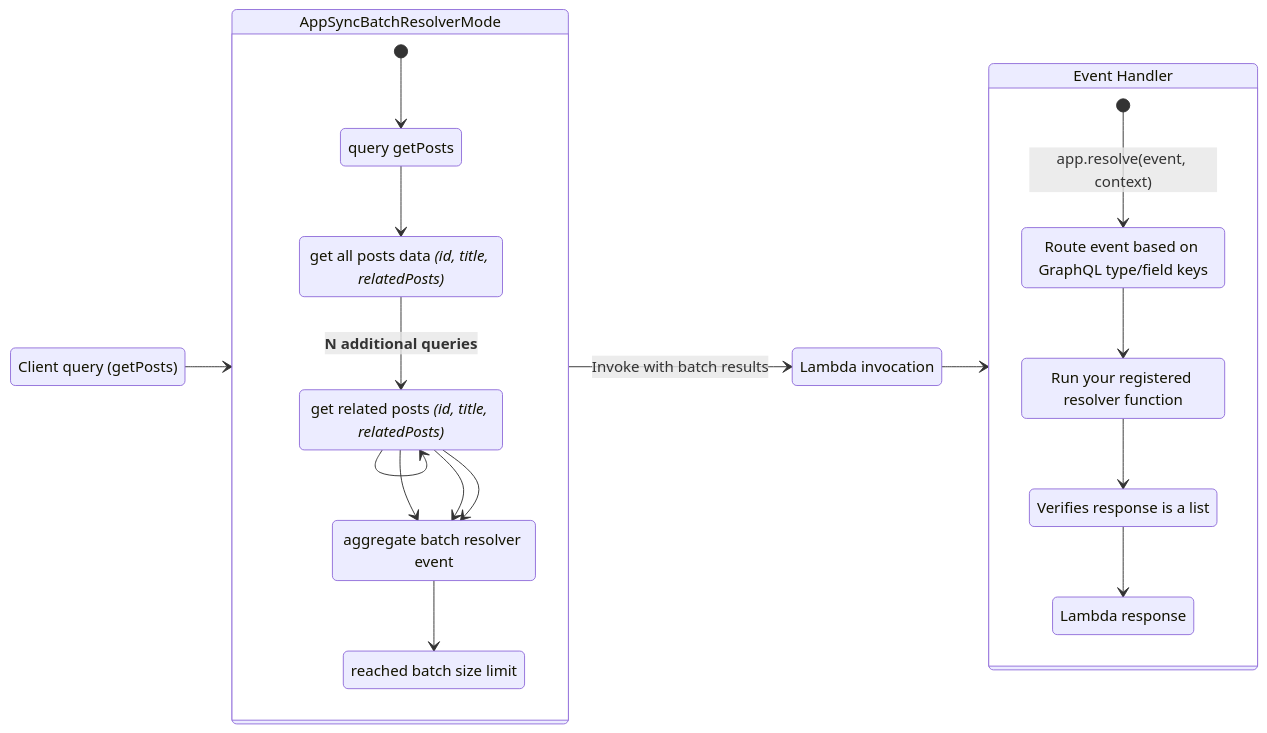
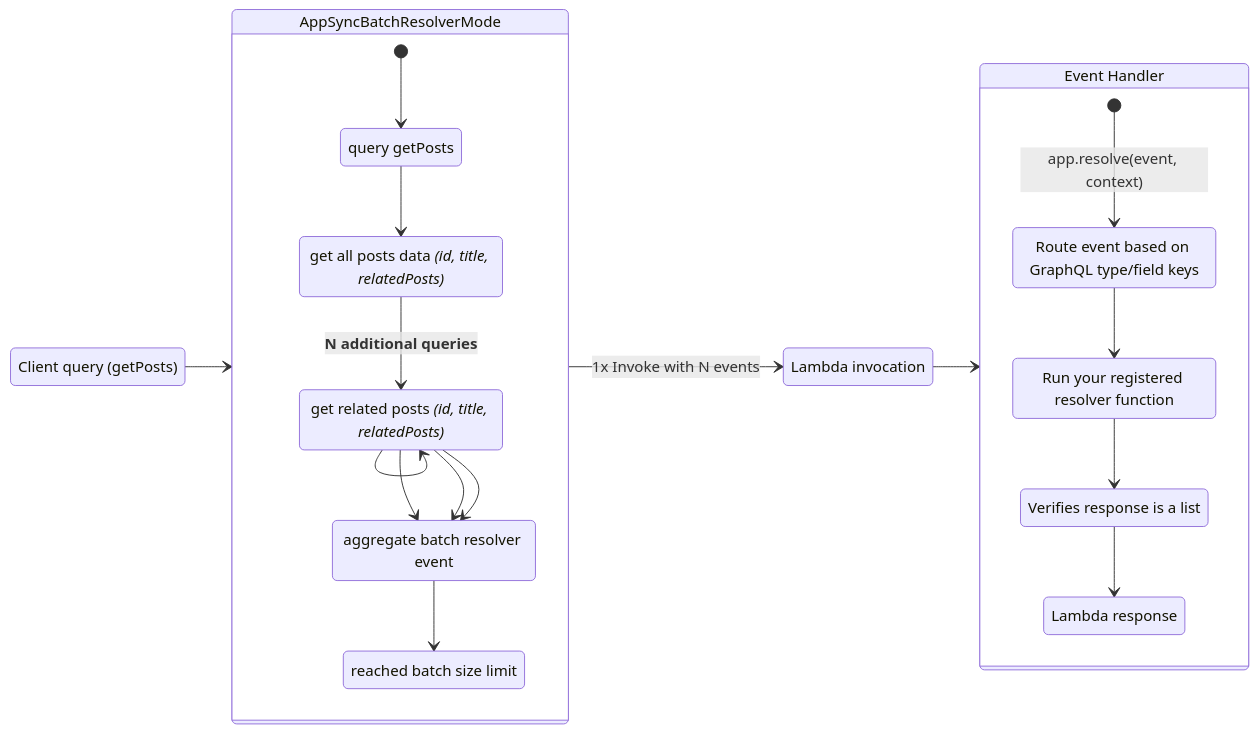
One commit to aws-powertools/powertools-lambda-python changed the second of 2 diagrams in docs/core/event_handler/appsync.md. Above: the diagram before and after it, drawn with Mermaid.

Commit message:
docs: improve wording in lambda invoke

````diff
--- a/docs/core/event_handler/appsync.md
+++ b/docs/core/event_handler/appsync.md
@@ -293,38 +293,38 @@
 ```mermaid
 stateDiagram-v2
     direction LR
     LambdaInit: Lambda invocation
     EventHandler: Event Handler
     EventHandlerResolver: Route event based on GraphQL type/field keys
     Client: Client query (getPosts)
     YourLogic: Run your registered resolver function
     EventHandlerResolverBuilder: Verifies response is a list
     AppSyncBatchPostsResolution: query getPosts
     AppSyncBatchPostsItems: get all posts data <em>(id, title, relatedPosts)</em>
     AppSyncBatchRelatedPosts: get related posts <em>(id, title, relatedPosts)</em>
     AppSyncBatchAggregate: aggregate batch resolver event
     AppSyncBatchLimit: reached batch size limit
     LambdaResponse: Lambda response
 
     Client --> AppSyncBatchResolverMode
     state AppSyncBatchResolverMode {
         [*] --> AppSyncBatchPostsResolution
         AppSyncBatchPostsResolution --> AppSyncBatchPostsItems
         AppSyncBatchPostsItems --> AppSyncBatchRelatedPosts: <strong>N additional queries</strong>
         AppSyncBatchRelatedPosts --> AppSyncBatchRelatedPosts
         AppSyncBatchRelatedPosts --> AppSyncBatchAggregate
         AppSyncBatchRelatedPosts --> AppSyncBatchAggregate
         AppSyncBatchRelatedPosts --> AppSyncBatchAggregate
         AppSyncBatchAggregate --> AppSyncBatchLimit
     }
 
-    AppSyncBatchResolverMode --> LambdaInit: Invoke with batch results
+    AppSyncBatchResolverMode --> LambdaInit: 1x Invoke with N events
     LambdaInit --> EventHandler
 
     state EventHandler {
         [*] --> EventHandlerResolver: app.resolve(event, context)
         EventHandlerResolver --> YourLogic
         YourLogic --> EventHandlerResolverBuilder
         EventHandlerResolverBuilder --> LambdaResponse
     }
 ```
````
